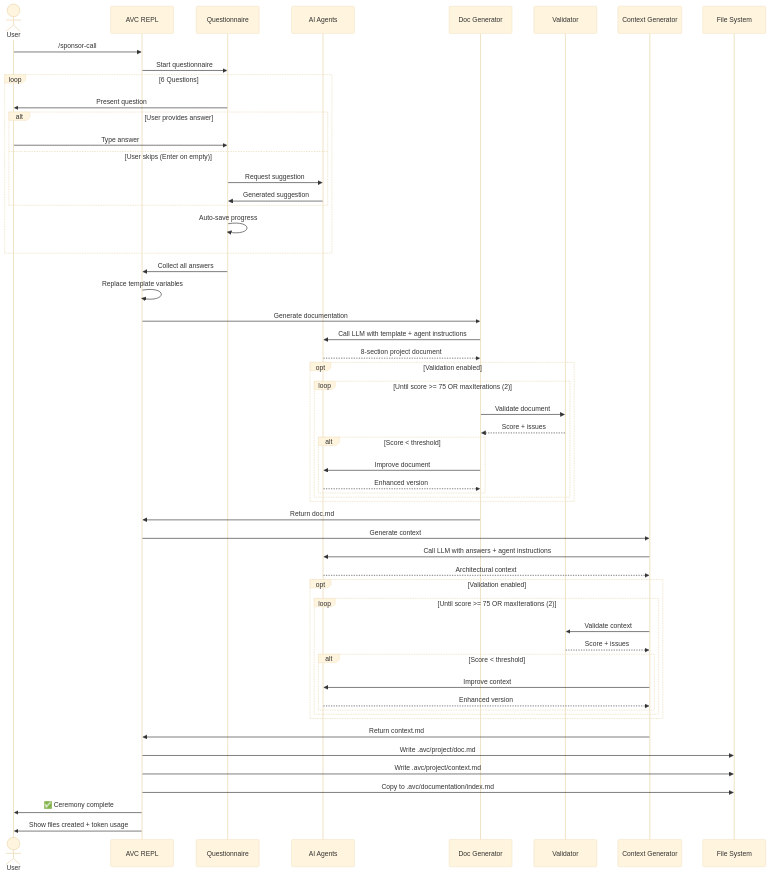
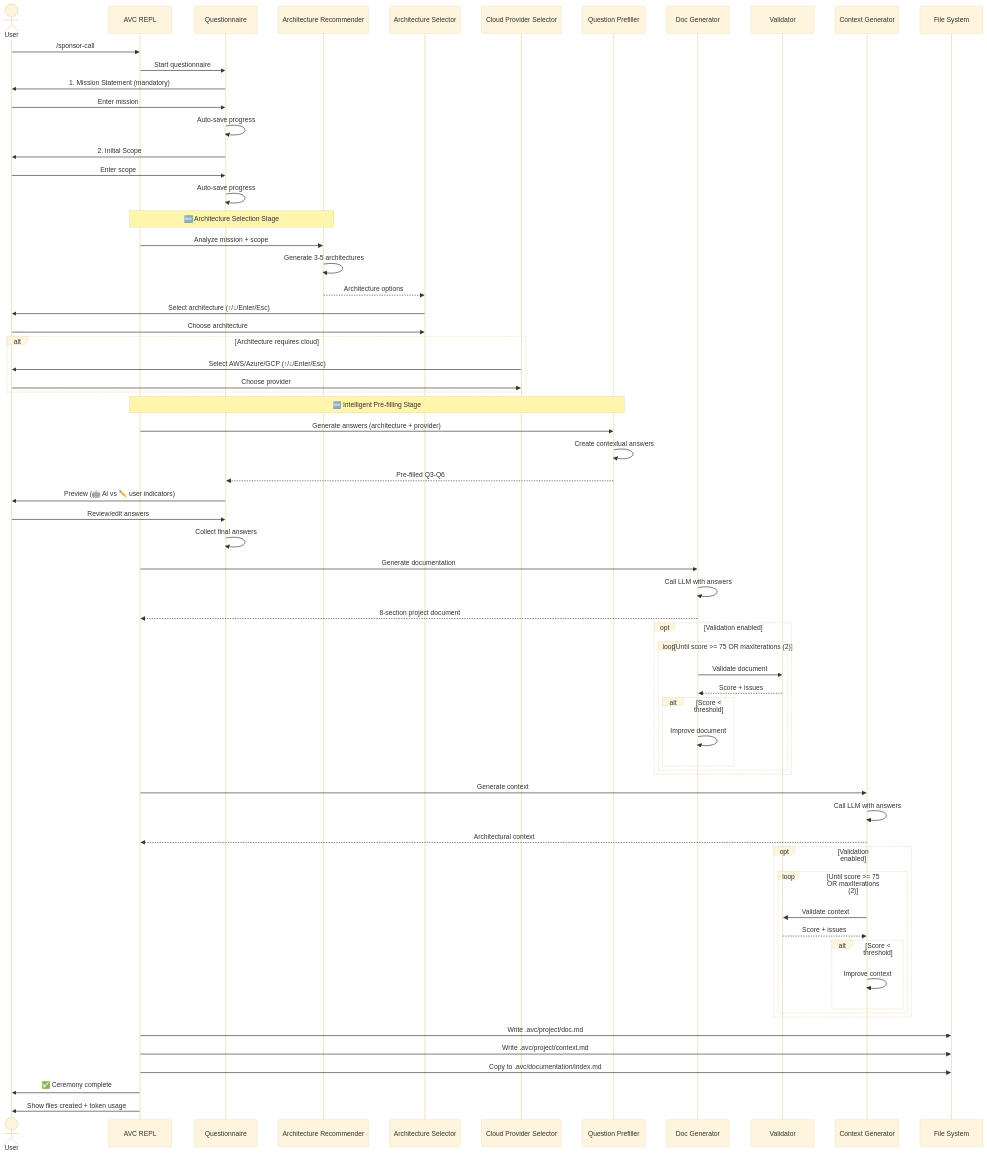
The diagram in ceremonies/sponsor-call.md (NachoColl/agilevibecoding), drawn with Mermaid (base theme) before and after one commit. The commit also changed other lines of this file and 7 other files, not shown here.

First line of the commit message:
docs: update sponsor-call documentation for architecture selection feature

````diff
--- a/ceremonies/sponsor-call.md
+++ b/ceremonies/sponsor-call.md
@@ -28,69 +28,82 @@
 ```mermaid
 sequenceDiagram
     actor User
     participant REPL as AVC REPL
     participant QA as Questionnaire
-    participant Agent as AI Agents
+    participant ArchRec as Architecture Recommender
+    participant ArchSel as Architecture Selector
+    participant CloudSel as Cloud Provider Selector
+    participant Prefill as Question Prefiller
     participant Doc as Doc Generator
     participant Val as Validator
     participant Ctx as Context Generator
     participant FS as File System
 
     User->>REPL: /sponsor-call
     REPL->>QA: Start questionnaire
 
-    loop 6 Questions
-        QA->>User: Present question
-        alt User provides answer
-            User->>QA: Type answer
-        else User skips (Enter on empty)
-            QA->>Agent: Request suggestion
-            Agent->>QA: Generated suggestion
-        end
-        QA->>QA: Auto-save progress
+    QA->>User: 1. Mission Statement (mandatory)
+    User->>QA: Enter mission
+    QA->>QA: Auto-save progress
+
+    QA->>User: 2. Initial Scope
+    User->>QA: Enter scope
+    QA->>QA: Auto-save progress
+
+    Note over REPL,ArchRec: 🆕 Architecture Selection Stage
+    REPL->>ArchRec: Analyze mission + scope
+    ArchRec->>ArchRec: Generate 3-5 architectures
+    ArchRec-->>ArchSel: Architecture options
+
+    ArchSel->>User: Select architecture (↑/↓/Enter/Esc)
+    User->>ArchSel: Choose architecture
+
+    alt Architecture requires cloud
+        CloudSel->>User: Select AWS/Azure/GCP (↑/↓/Enter/Esc)
+        User->>CloudSel: Choose provider
     end
 
-    QA->>REPL: Collect all answers
-    REPL->>REPL: Replace template variables
+    Note over REPL,Prefill: 🆕 Intelligent Pre-filling Stage
+    REPL->>Prefill: Generate answers (architecture + provider)
+    Prefill->>Prefill: Create contextual answers
+    Prefill-->>QA: Pre-filled Q3-Q6
+
+    QA->>User: Preview (🤖 AI vs ✏️ user indicators)
+    User->>QA: Review/edit answers
+    QA->>QA: Collect final answers
 
     REPL->>Doc: Generate documentation
-    Doc->>Agent: Call LLM with template + agent instructions
-    Agent-->>Doc: 8-section project document
+    Doc->>Doc: Call LLM with answers
+    Doc-->>REPL: 8-section project document
 
     opt Validation enabled
         loop Until score >= 75 OR maxIterations (2)
             Doc->>Val: Validate document
             Val-->>Doc: Score + issues
             alt Score < threshold
-                Doc->>Agent: Improve document
-                Agent-->>Doc: Enhanced version
+                Doc->>Doc: Improve document
             end
         end
     end
 
-    Doc->>REPL: Return doc.md
-
     REPL->>Ctx: Generate context
-    Ctx->>Agent: Call LLM with answers + agent instructions
-    Agent-->>Ctx: Architectural context
+    Ctx->>Ctx: Call LLM with answers
+    Ctx-->>REPL: Architectural context
 
     opt Validation enabled
         loop Until score >= 75 OR maxIterations (2)
             Ctx->>Val: Validate context
             Val-->>Ctx: Score + issues
             alt Score < threshold
-                Ctx->>Agent: Improve context
-                Agent-->>Ctx: Enhanced version
+                Ctx->>Ctx: Improve context
             end
         end
     end
-
-    Ctx->>REPL: Return context.md
 
     REPL->>FS: Write .avc/project/doc.md
     REPL->>FS: Write .avc/project/context.md
     REPL->>FS: Copy to .avc/documentation/index.md
 
     REPL->>User: ✅ Ceremony complete
     REPL->>User: Show files created + token usage
 ```
````
